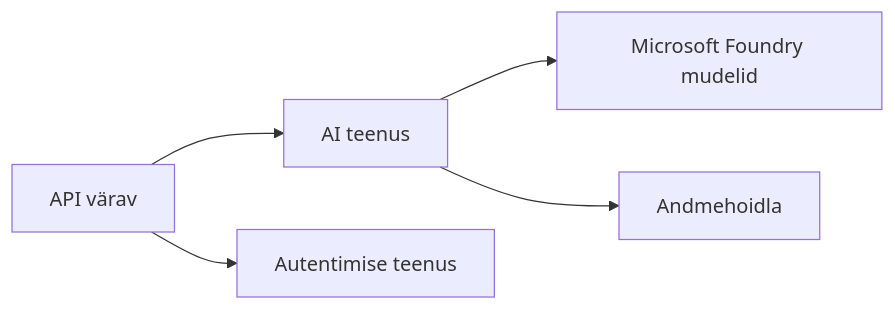
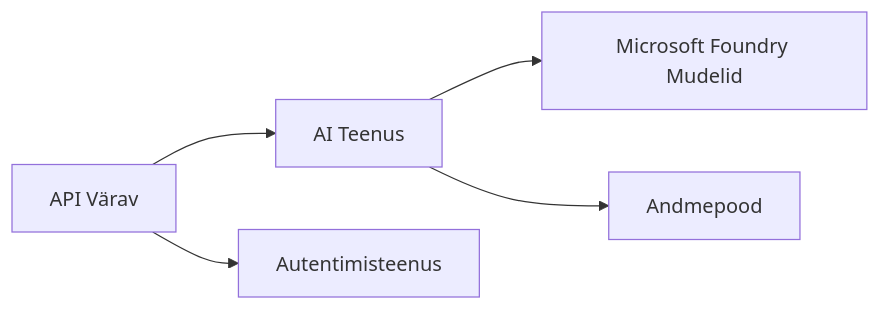
The first of 2 diagrams in translations/et/docs/chapter-08-production/README.md (microsoft/AZD-for-beginners), drawn with Mermaid before and after one commit. The commit also changed other lines of this file and 104 other files, not shown here.

````diff
--- a/translations/et/docs/chapter-08-production/README.md
+++ b/translations/et/docs/chapter-08-production/README.md
@@ -48,6 +48,6 @@
 ```mermaid
 graph LR
-    Gateway[API värav] --> AI[AI teenus] --> Models[Microsoft Foundry mudelid]
-    Gateway --> Auth[Autentimise teenus]
-    AI --> Data[Andmehoidla]
+    Gateway[API Värav] --> AI[AI Teenus] --> Models[Microsoft Foundry Mudelid]
+    Gateway --> Auth[Autentimisteenus]
+    AI --> Data[Andmepood]
 ```
````
